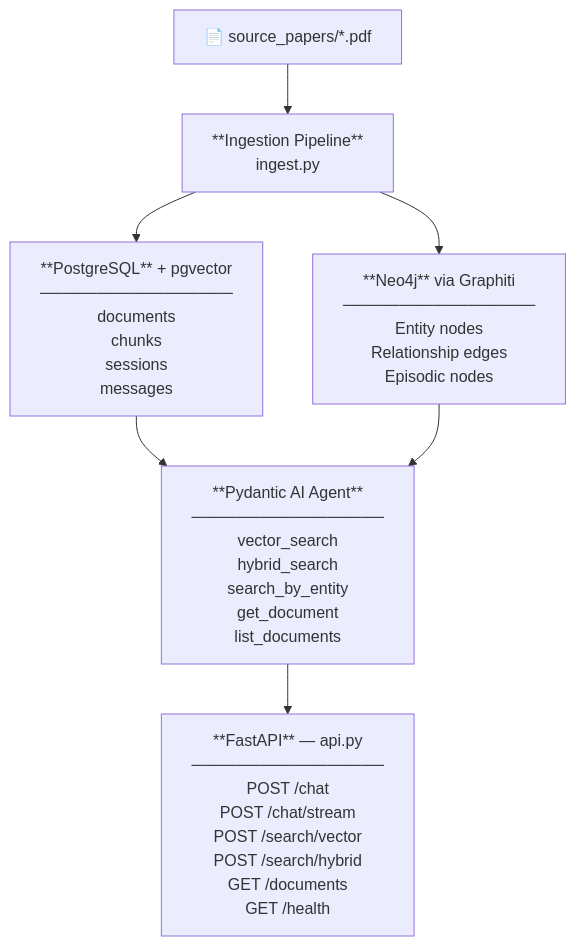
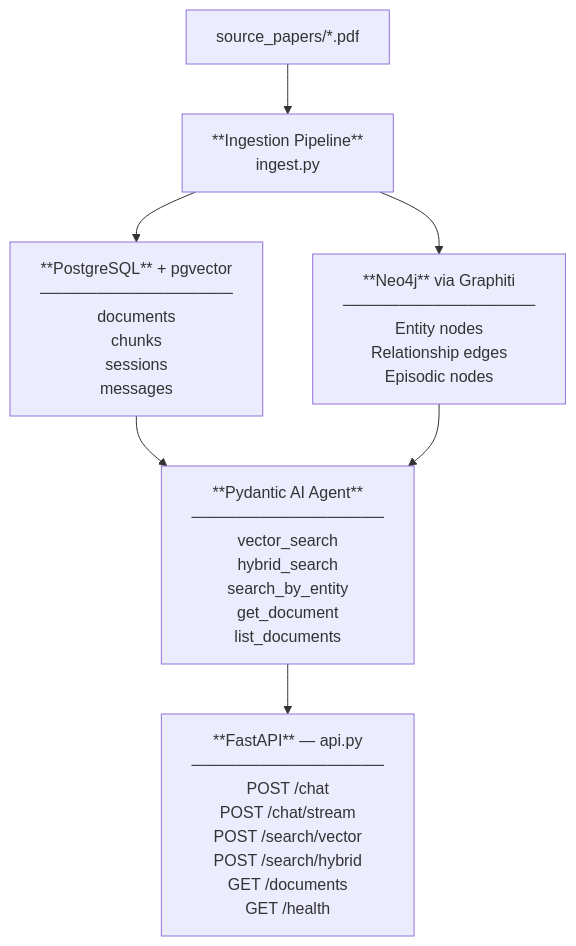
One commit to LinDijkhuis/ITHD-Project-AI-serum-free-culture changed the third of 3 diagrams in technical_doc.md. Above: the diagram before and after it, drawn with Mermaid. The commit also changed other lines of this file and 16 other files, not shown here.

````diff
--- a/technical_doc.md
+++ b/technical_doc.md
@@ -281,22 +429,22 @@
 ```mermaid
 flowchart TD
-    A["📄 source_papers/*.pdf"]
+    A["source_papers/*.pdf"]
     A --> B
 
     B["**Ingestion Pipeline**\ningest.py"]
     B --> C
     B --> D
 
     C["**PostgreSQL** + pgvector\n─────────────────\ndocuments\nchunks\nsessions\nmessages"]
 
     D["**Neo4j** via Graphiti\n─────────────────\nEntity nodes\nRelationship edges\nEpisodic nodes"]
 
     C --> E
     D --> E
 
     E["**Pydantic AI Agent**\n─────────────────\nvector_search\nhybrid_search\nsearch_by_entity\nget_document\nlist_documents"]
 
     E --> F
 
     F["**FastAPI** — api.py\n─────────────────\nPOST /chat\nPOST /chat/stream\nPOST /search/vector\nPOST /search/hybrid\nGET  /documents\nGET  /health"]
 ```
````
